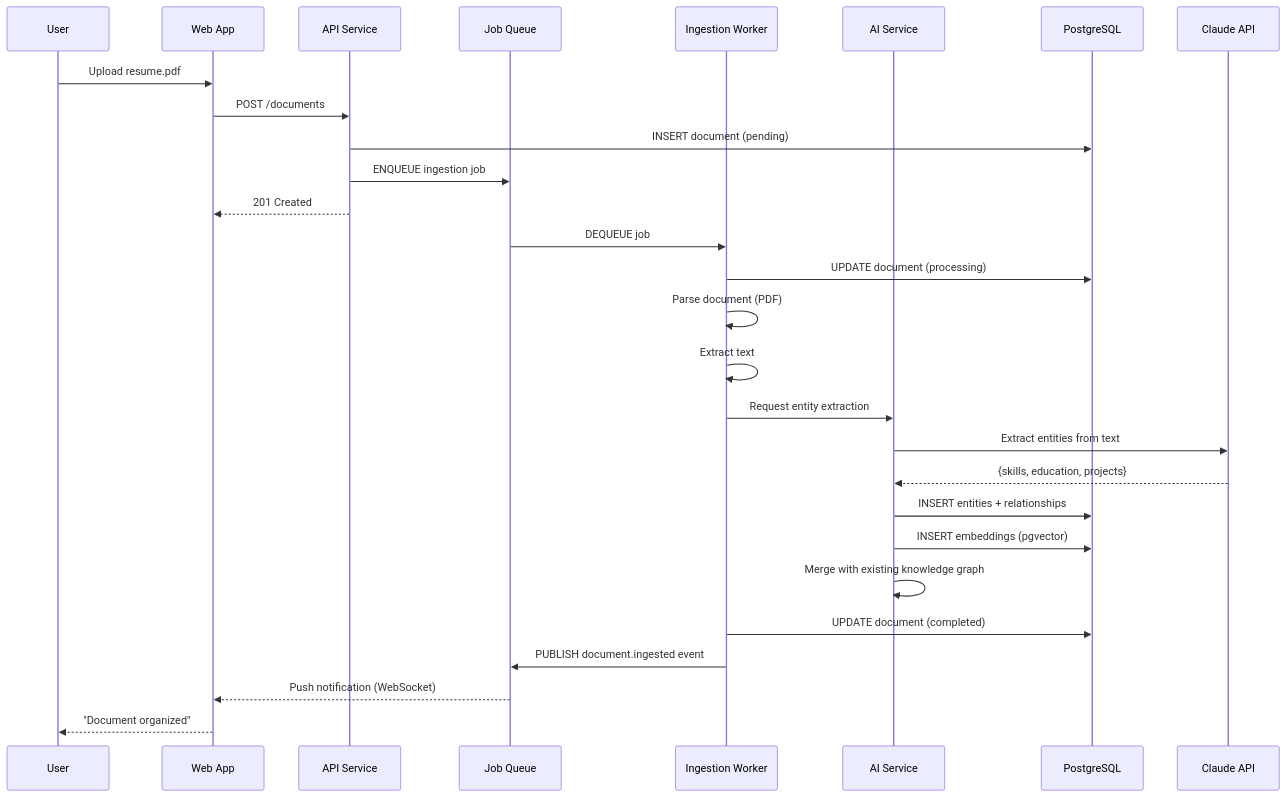
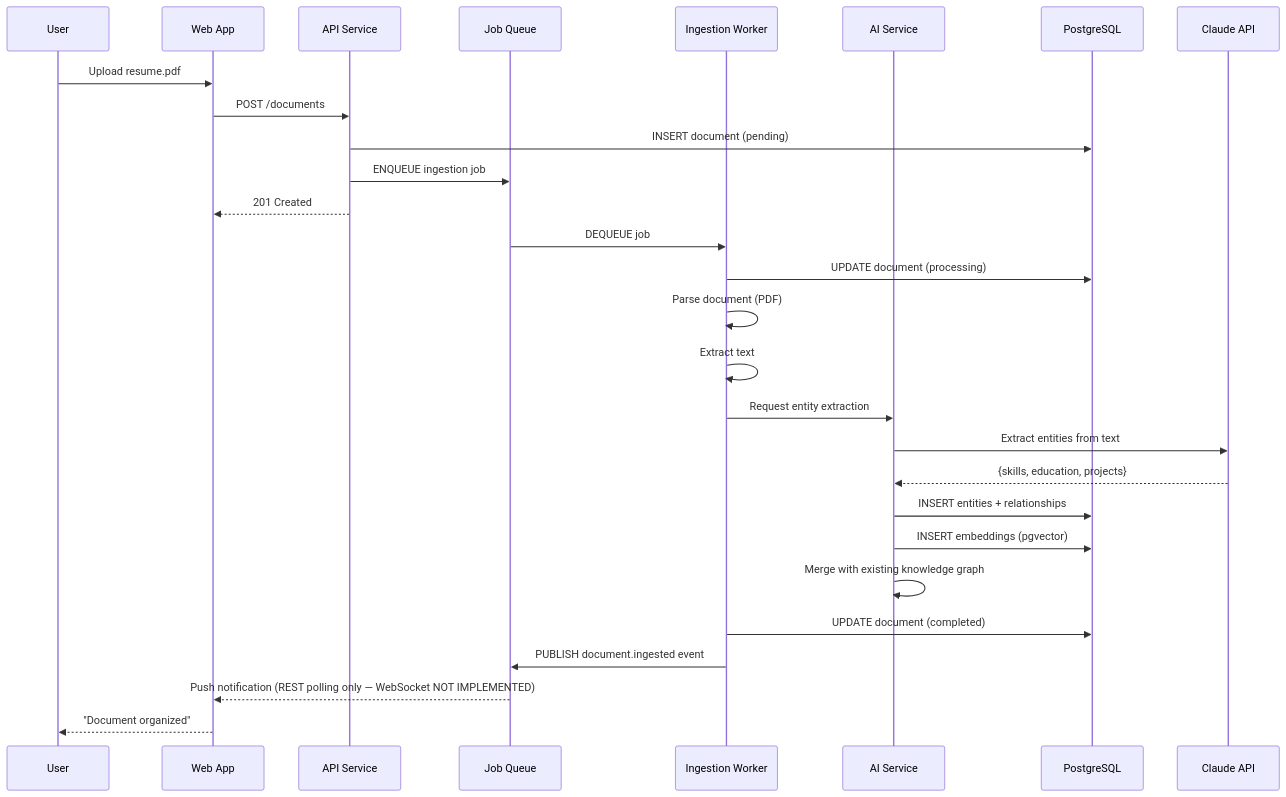
Before and after one commit to Driftloom/Vaeloom: the third of 4 diagrams in docs/architecture/System-Design.md, drawn with Mermaid. The commit also changed other lines of this file and 91 other files, not shown here.

````diff
--- a/docs/architecture/System-Design.md
+++ b/docs/architecture/System-Design.md
@@ -250,32 +250,32 @@
 ```mermaid
 sequenceDiagram
     participant User
     participant Web as Web App
     participant API as API Service
     participant Queue as Job Queue
     participant Worker as Ingestion Worker
     participant AI as AI Service
     participant DB as PostgreSQL
     participant Claude as Claude API
 
     User->>Web: Upload resume.pdf
     Web->>API: POST /documents
     API->>DB: INSERT document (pending)
     API->>Queue: ENQUEUE ingestion job
     API-->>Web: 201 Created
 
     Queue->>Worker: DEQUEUE job
     Worker->>DB: UPDATE document (processing)
     Worker->>Worker: Parse document (PDF)
     Worker->>Worker: Extract text
     Worker->>AI: Request entity extraction
     AI->>Claude: Extract entities from text
     Claude-->>AI: {skills, education, projects}
     AI->>DB: INSERT entities + relationships
     AI->>DB: INSERT embeddings (pgvector)
     AI->>AI: Merge with existing knowledge graph
     Worker->>DB: UPDATE document (completed)
     Worker->>Queue: PUBLISH document.ingested event
-    Queue-->>Web: Push notification (WebSocket)
+    Queue-->>Web: Push notification (REST polling only — WebSocket NOT IMPLEMENTED)
     Web-->>User: "Document organized"
 ```
````
